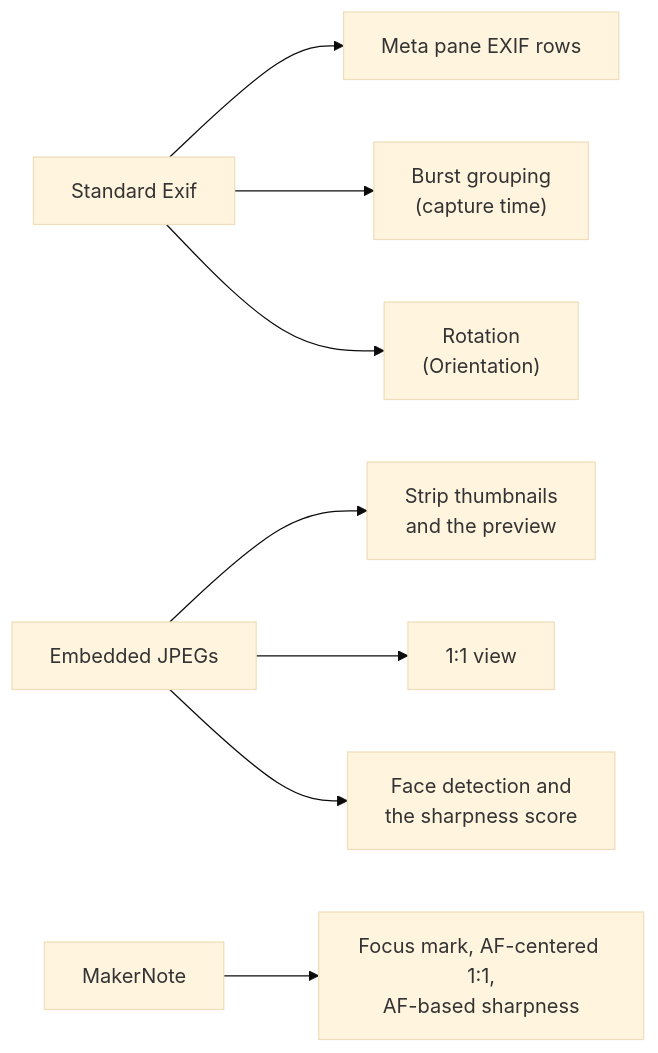
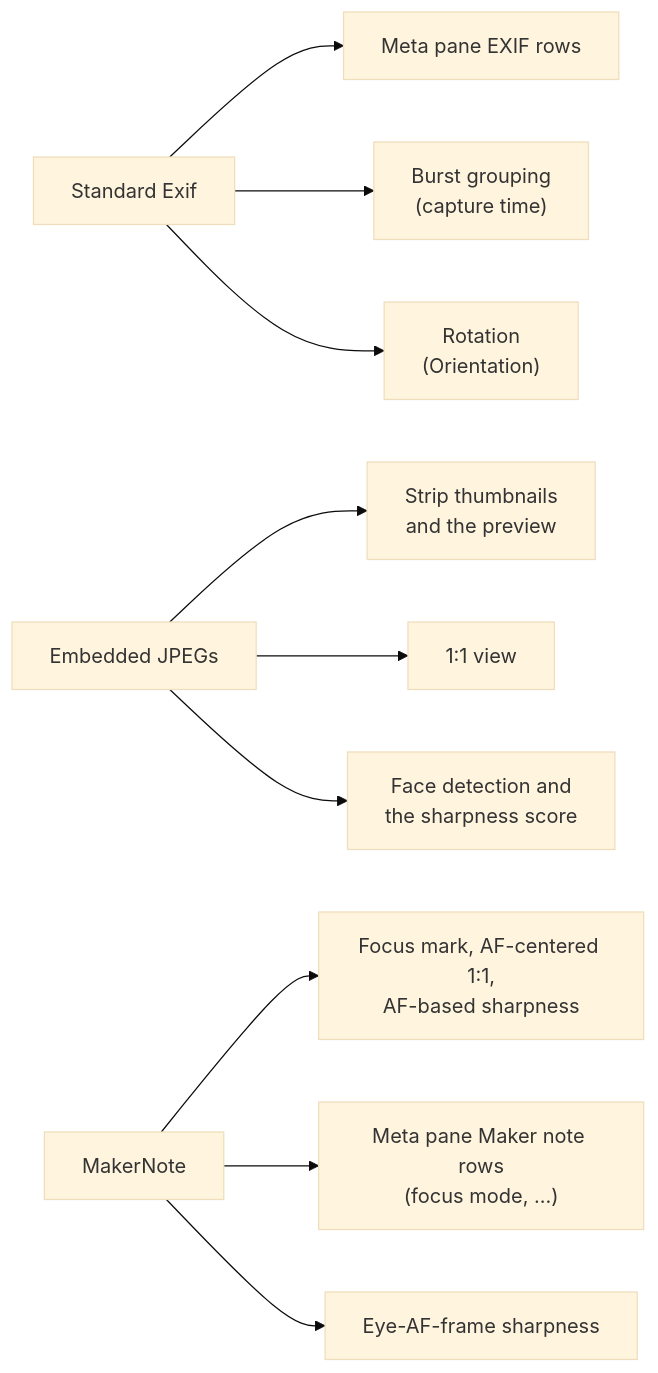
One commit to minodisk/riffle changed the second of 2 diagrams in docs/raw-formats.md. Above: the diagram before and after it, drawn with Mermaid (base theme). The commit also changed other lines of this file and 1 other file, not shown here.

````diff
--- a/docs/raw-formats.md
+++ b/docs/raw-formats.md
@@ -43,13 +44,15 @@
 ```mermaid
 flowchart LR
     exif["Standard Exif"]
     jpegs["Embedded JPEGs"]
     note["MakerNote"]
     exif --> meta["Meta pane EXIF rows"]
     exif --> bursts["Burst grouping<br/>(capture time)"]
     exif --> rotate["Rotation<br/>(Orientation)"]
     jpegs --> preview["Strip thumbnails<br/>and the preview"]
     jpegs --> full["1:1 view"]
     jpegs --> faces["Face detection and<br/>the sharpness score"]
     note --> af["Focus mark, AF-centered 1:1,<br/>AF-based sharpness"]
+    note --> maker["Meta pane Maker note rows<br/>(focus mode, ...)"]
+    note --> eyeaf["Eye-AF-frame sharpness"]
 ```
````
